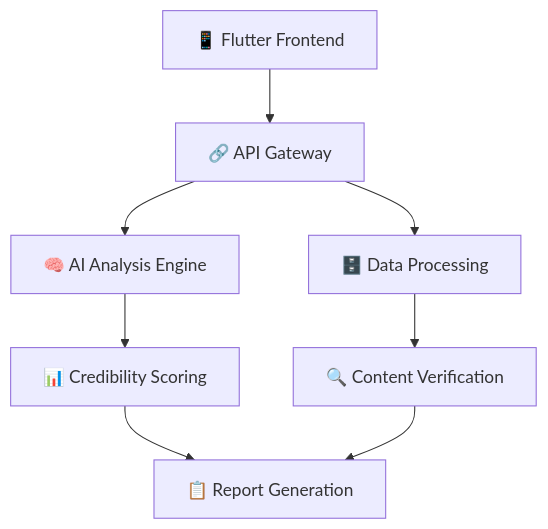
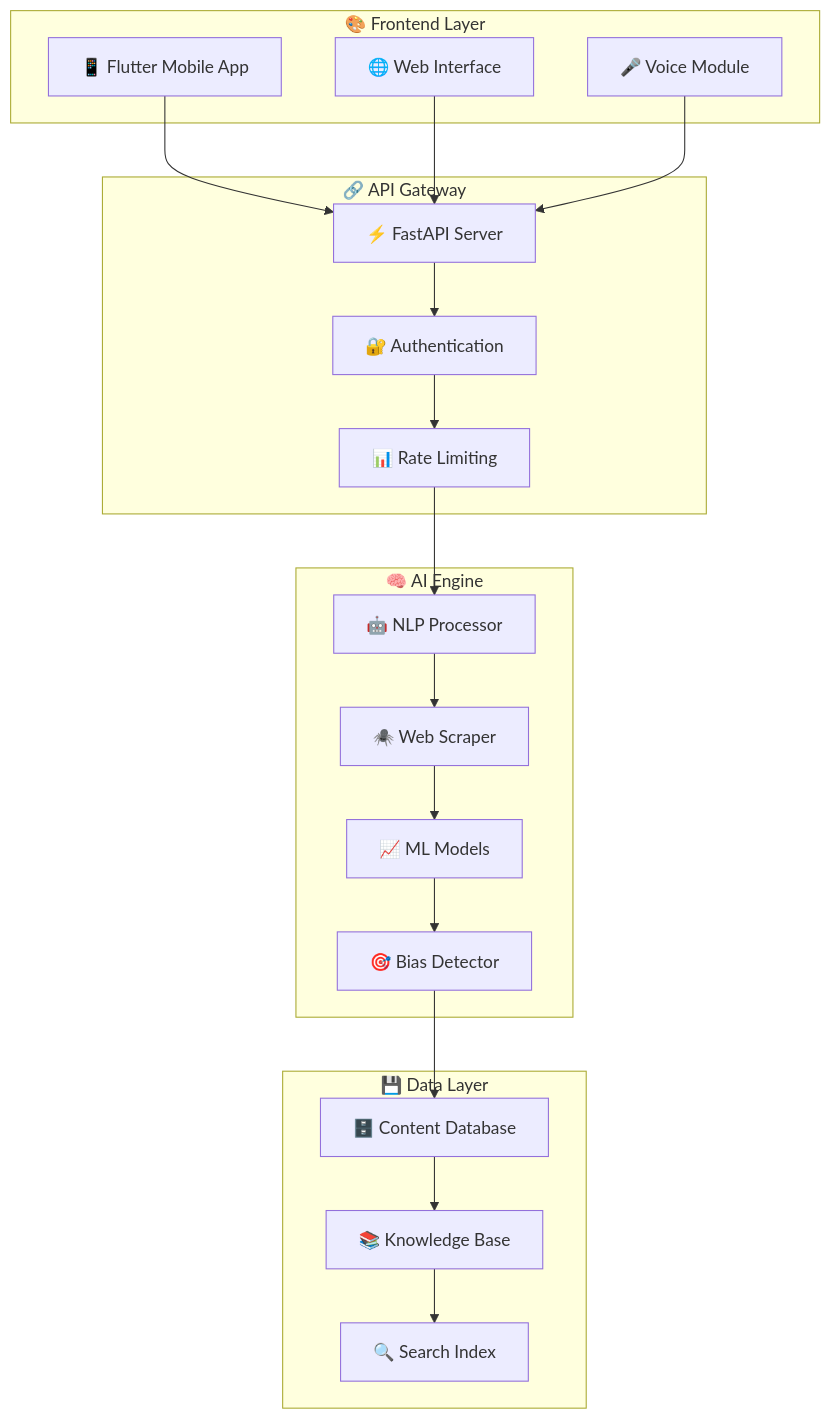
Before and after one commit to GokulanV7/Falo-app: the diagram in README.md, drawn with Mermaid. The commit also changed other lines of this file, not shown here.

````diff
--- a/README.md
+++ b/README.md
@@ -115,10 +188,40 @@
 ```mermaid
 graph TB
-    A[📱 Flutter Frontend] --> B[🔗 API Gateway]
-    B --> C[🧠 AI Analysis Engine]
-    B --> D[🗄️ Data Processing]
-    C --> E[📊 Credibility Scoring]
-    D --> F[🔍 Content Verification]
-    E --> G[📋 Report Generation]
+    subgraph "🎨 Frontend Layer"
+        A[📱 Flutter Mobile App]
+        B[🌐 Web Interface]
+        C[🎤 Voice Module]
+    end
+    
+    subgraph "🔗 API Gateway"
+        D[⚡ FastAPI Server]
+        E[🔐 Authentication]
+        F[📊 Rate Limiting]
+    end
+    
+    subgraph "🧠 AI Engine"
+        G[🤖 NLP Processor]
+        H[🕷️ Web Scraper]
+        I[📈 ML Models]
+        J[🎯 Bias Detector]
+    end
+    
+    subgraph "💾 Data Layer"
+        K[🗄️ Content Database]
+        L[📚 Knowledge Base]
+        M[🔍 Search Index]
+    end
+    
+    A --> D
+    B --> D
+    C --> D
+    D --> E
+    E --> F
     F --> G
+    G --> H
+    H --> I
+    I --> J
+    J --> K
+    K --> L
+    L --> M
 ```
````
